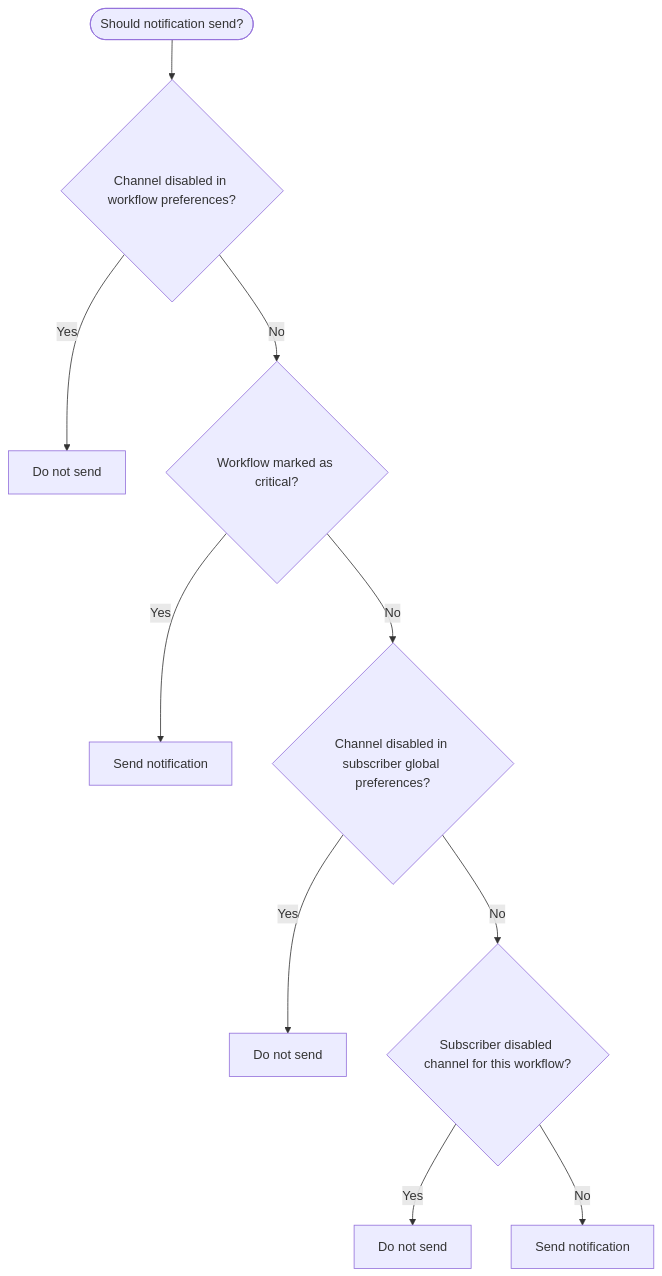
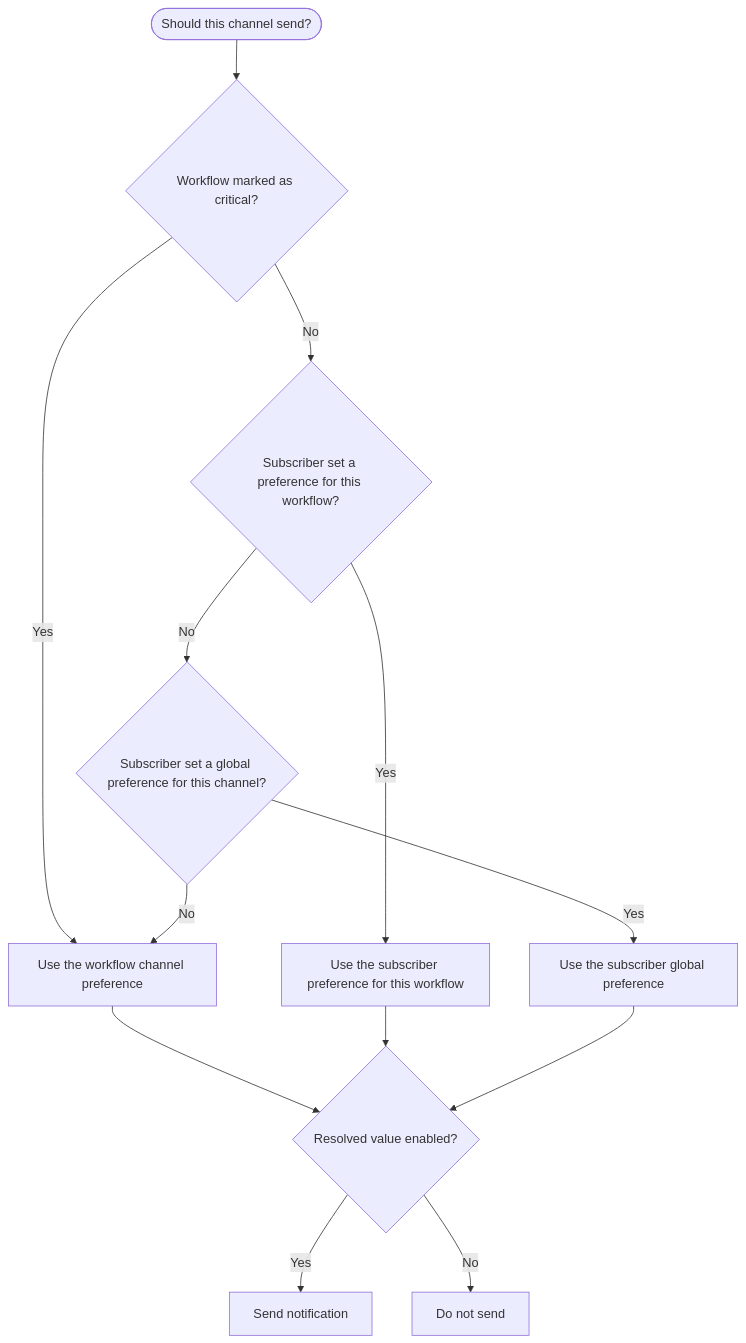
One commit to novuhq/novu changed the diagram in docs/platform/concepts/preferences.mdx. Above: the diagram before and after it, drawn with Mermaid. The commit also changed other lines of this file and 1 other file, not shown here.

Commit message:
docs(preferences): clarify global preferences behavior and priority resolution in workflows

````diff
--- a/docs/platform/concepts/preferences.mdx
+++ b/docs/platform/concepts/preferences.mdx
@@ -79,12 +88,15 @@
 ```mermaid
 flowchart TD
-    startNode([Should notification send?]) --> workflowDisabled{Channel disabled in workflow preferences?}
-    workflowDisabled -->|Yes| blockWorkflow[Do not send]
-    workflowDisabled -->|No| isCritical{Workflow marked as critical?}
-    isCritical -->|Yes| sendCritical[Send notification]
-    isCritical -->|No| globalDisabled{Channel disabled in subscriber global preferences?}
-    globalDisabled -->|Yes| blockGlobal[Do not send]
-    globalDisabled -->|No| subscriberDisabled{Subscriber disabled channel for this workflow?}
-    subscriberDisabled -->|Yes| blockSubscriber[Do not send]
-    subscriberDisabled -->|No| sendAllowed[Send notification]
+    startNode([Should this channel send?]) --> isCritical{Workflow marked as critical?}
+    isCritical -->|Yes| useWorkflow[Use the workflow channel preference]
+    isCritical -->|No| hasWorkflowPref{Subscriber set a preference for this workflow?}
+    hasWorkflowPref -->|Yes| useSubscriberWorkflow[Use the subscriber preference for this workflow]
+    hasWorkflowPref -->|No| hasGlobalPref{Subscriber set a global preference for this channel?}
+    hasGlobalPref -->|Yes| useSubscriberGlobal[Use the subscriber global preference]
+    hasGlobalPref -->|No| useWorkflow
+    useWorkflow --> resolved{Resolved value enabled?}
+    useSubscriberWorkflow --> resolved
+    useSubscriberGlobal --> resolved
+    resolved -->|Yes| sendAllowed[Send notification]
+    resolved -->|No| blocked[Do not send]
 ```
````
